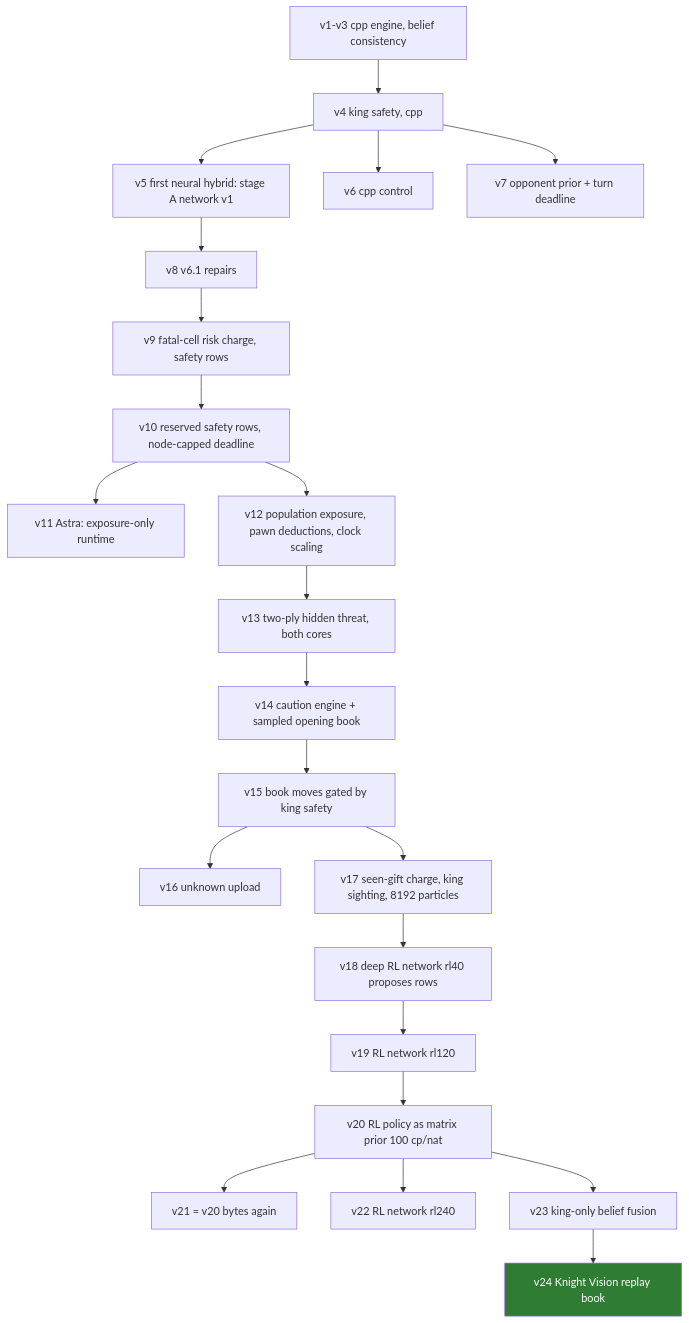
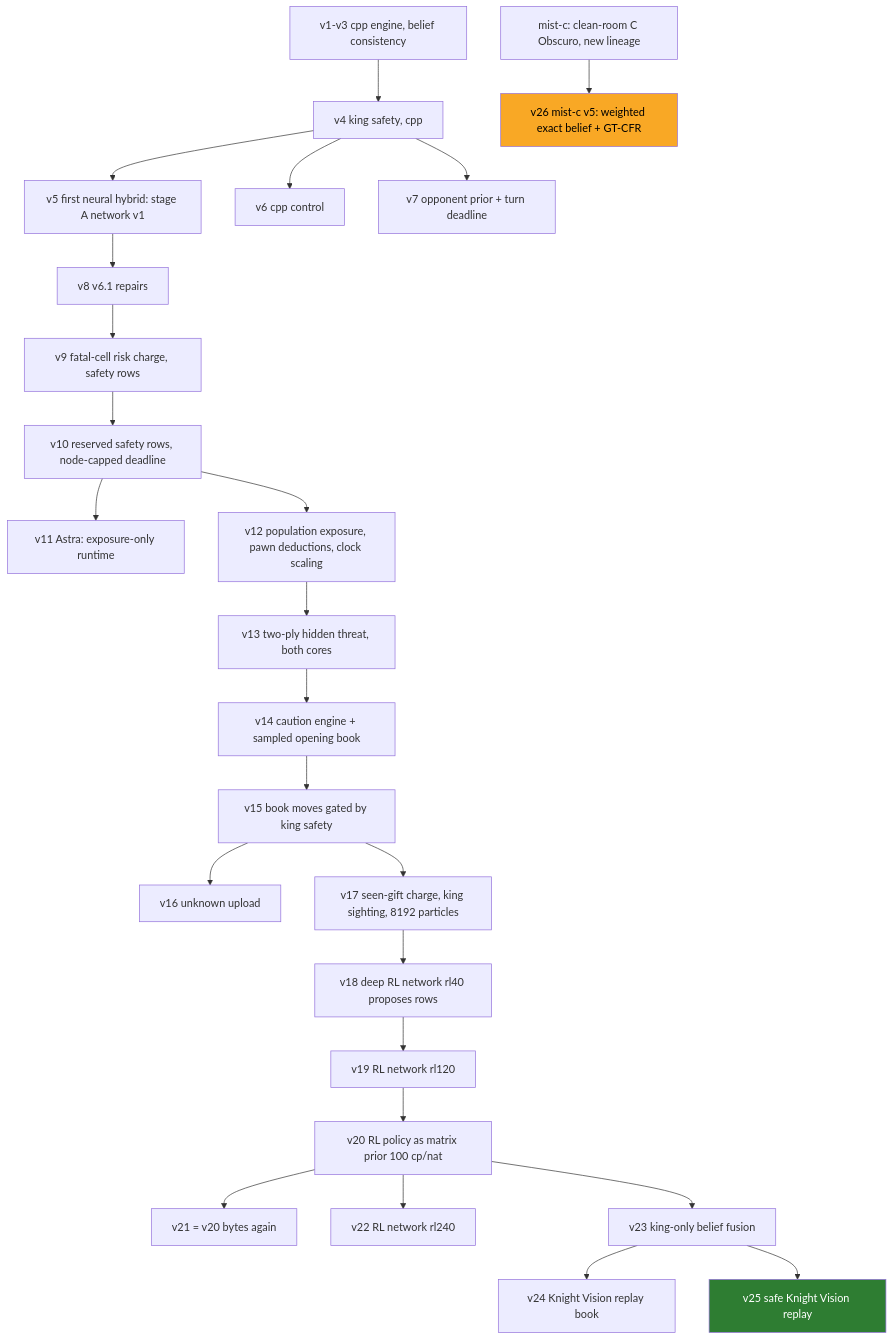
The diagram in MUTATIONS.md (htansetiawan/iamavirus), drawn with Mermaid before and after one commit. The commit also changed other lines of this file and 2 other files, not shown here.

Commit message:
Arena v26 = mist-c v5 (082fb4f2b791), uploaded by the user; file renamed; map, registry, fail-fast rule

````diff
--- a/MUTATIONS.md
+++ b/MUTATIONS.md
@@ -20,25 +20,28 @@
 ```mermaid
 flowchart TD
   v1[v1-v3 cpp engine, belief consistency] --> v4[v4 king safety, cpp]
   v4 --> v5[v5 first neural hybrid: stage A network v1]
   v4 --> v6[v6 cpp control]
   v4 --> v7[v7 opponent prior + turn deadline]
   v5 --> v8[v8 v6.1 repairs] --> v9[v9 fatal-cell risk charge, safety rows] --> v10[v10 reserved safety rows, node-capped deadline]
   v10 --> v11[v11 Astra: exposure-only runtime]
   v10 --> v12[v12 population exposure, pawn deductions, clock scaling]
   v12 --> v13[v13 two-ply hidden threat, both cores]
   v13 --> v14[v14 caution engine + sampled opening book]
   v14 --> v15[v15 book moves gated by king safety]
   v15 --> v16[v16 unknown upload]
   v15 --> v17[v17 seen-gift charge, king sighting, 8192 particles]
   v17 --> v18[v18 deep RL network rl40 proposes rows]
   v18 --> v19[v19 RL network rl120]
   v19 --> v20[v20 RL policy as matrix prior 100 cp/nat]
   v20 --> v21[v21 = v20 bytes again]
   v20 --> v22[v22 RL network rl240]
   v20 --> v23[v23 king-only belief fusion]
   v23 --> v24[v24 Knight Vision replay book]
+  v23 --> v25[v25 safe Knight Vision replay]
+  mc[mist-c: clean-room C Obscuro, new lineage] --> v26[v26 mist-c v5: weighted exact belief + GT-CFR]
   classDef alive fill:#2e7d32,color:#fff;
   classDef cand fill:#f9a825,color:#000;
-  class v24 alive;
+  class v25 alive;
+  class v26 cand;
 ```
````
